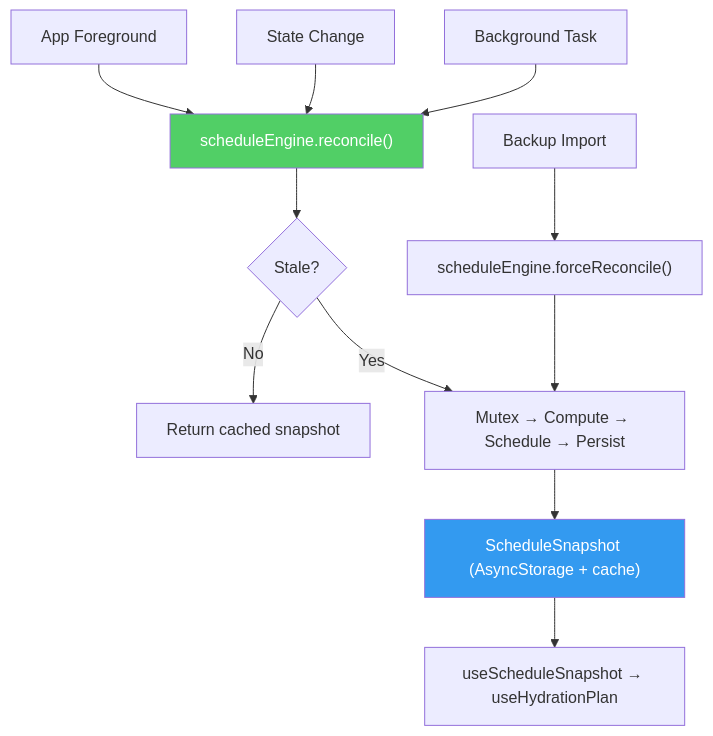
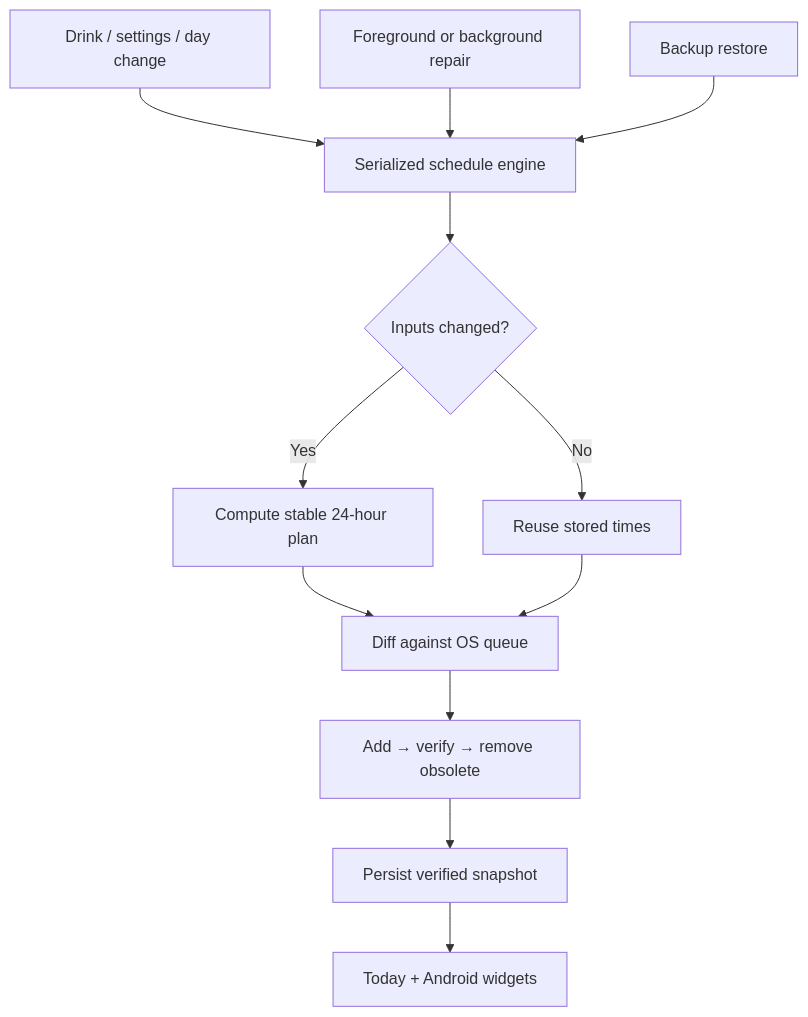
Before and after one commit to Yourstruggle11/Siply: the diagram in README.md, drawn with Mermaid. The commit also changed other lines of this file and 42 other files, not shown here.

````diff
--- a/README.md
+++ b/README.md
@@ -34,18 +34,14 @@
 ```mermaid
 flowchart TD
-    A["App Foreground"] --> E["scheduleEngine.reconcile()"]
-    B["State Change"] --> E
-    C["Background Task"] --> E
-    D["Backup Import"] --> F["scheduleEngine.forceReconcile()"]
-
-    E --> G{"Stale?"}
-    G -->|No| H["Return cached snapshot"]
-    G -->|Yes| I["Mutex → Compute → Schedule → Persist"]
-    F --> I
-
-    I --> J["ScheduleSnapshot (AsyncStorage + cache)"]
-    J --> K["useScheduleSnapshot → useHydrationPlan"]
-
-    style E fill:#51cf66,color:#fff
-    style J fill:#339af0,color:#fff
+    A["Drink / settings / day change"] --> E["Serialized schedule engine"]
+    B["Foreground or background repair"] --> E
+    C["Backup restore"] --> E
+    E --> D{"Inputs changed?"}
+    D -->|Yes| F["Compute stable 24-hour plan"]
+    D -->|No| G["Reuse stored times"]
+    F --> H["Diff against OS queue"]
+    G --> H
+    H --> I["Add → verify → remove obsolete"]
+    I --> J["Persist verified snapshot"]
+    J --> K["Today + Android widgets"]
 ```
````
